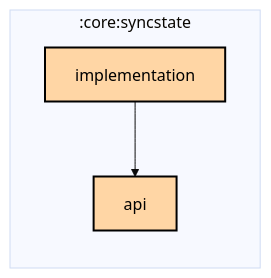
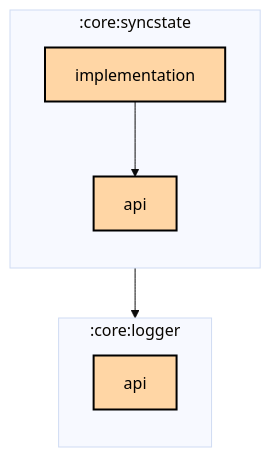
Before and after one commit to thomaskioko/tv-maniac: the first of 2 diagrams in core/syncstate/implementation/README.md, drawn with Mermaid (base theme). The commit also changed 184 other files, not shown here.

````diff
--- a/core/syncstate/implementation/README.md
+++ b/core/syncstate/implementation/README.md
@@ -6,16 +6,21 @@
 ```mermaid
 graph TB
+  subgraph :core:logger
+    direction TB
+    :core:logger:api[api]:::multiplatform
+  end
   subgraph :core:syncstate
     direction TB
     :core:syncstate:api[api]:::multiplatform
     :core:syncstate:implementation[implementation]:::multiplatform
   end
 
+  :core:syncstate:implementation --> :core:logger:api
   :core:syncstate:implementation --> :core:syncstate:api
 
 classDef application fill:#CAFFBF,stroke:#000,stroke-width:2px,color:#000;
 classDef multiplatform fill:#FFD6A5,stroke:#000,stroke-width:2px,color:#000;
 classDef android-library fill:#9BF6FF,stroke:#000,stroke-width:2px,color:#000;
 classDef jvm-library fill:#BDB2FF,stroke:#000,stroke-width:2px,color:#000;
 classDef unknown fill:#FFADAD,stroke:#000,stroke-width:2px,color:#000;
 ```
````
